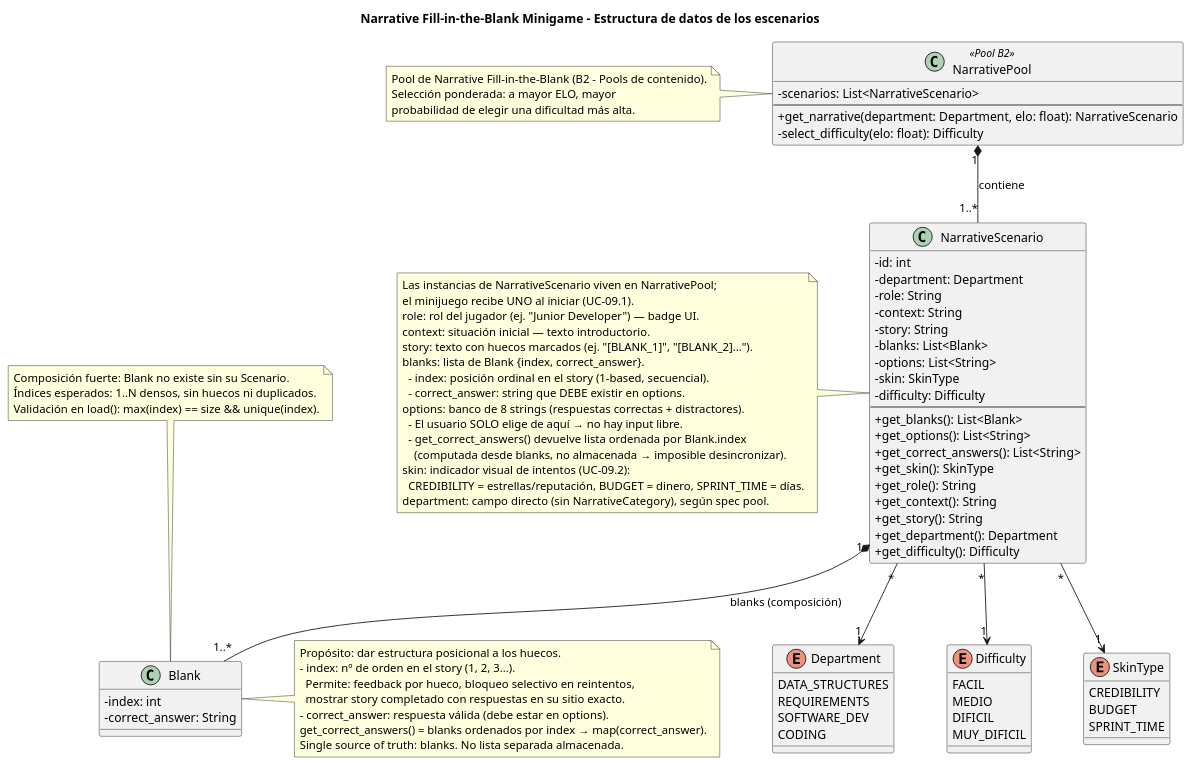
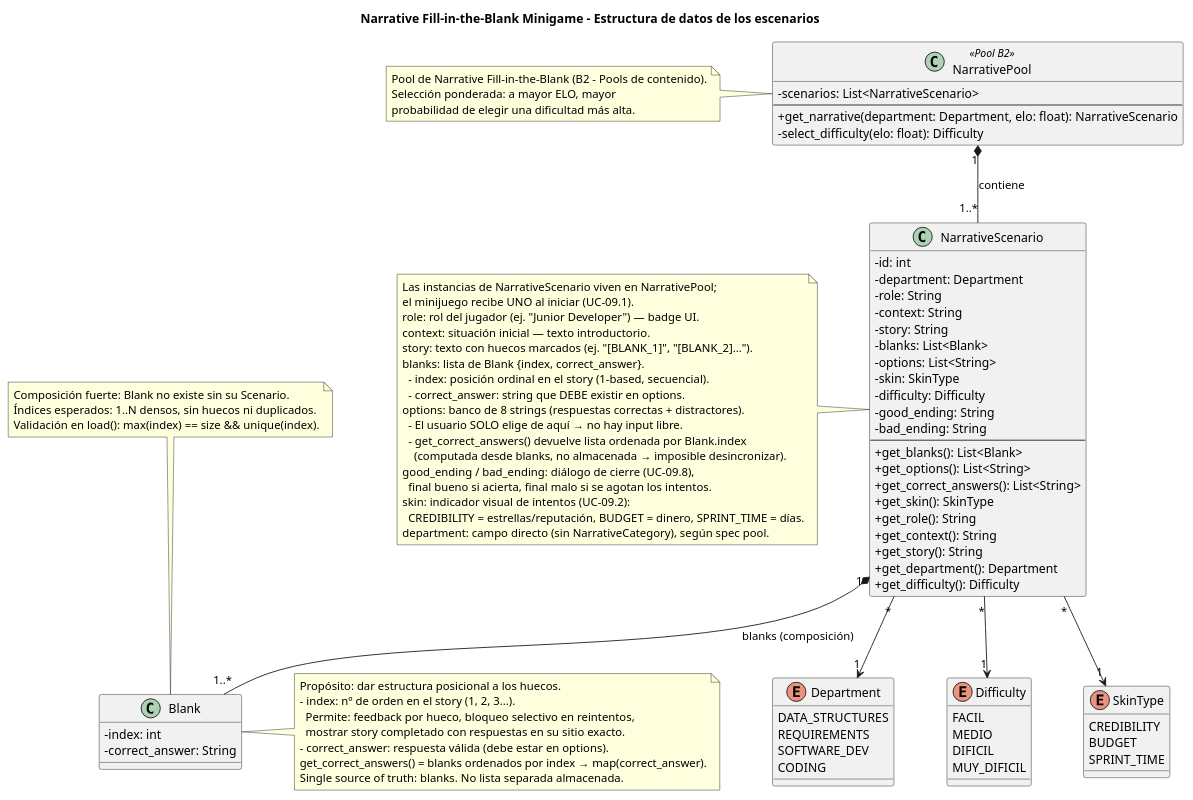
One commit to 1affogato/TSP-A26-NAKOSU changed the diagram in diagramas/narrative_minigame_data.puml. Above: the diagram before and after it, drawn with PlantUML. The commit also changed 14 other files, not shown here.

Commit message:
UC-09 Narrativa: motor NarrativeMinigame, pool de los 4 departamentos (32 escenarios), modelos NarrativeScenario y Blank (con diálogo de cierre, DEF-DIS-UC09-01) y vista con huecos e intentos. Se registra en la sesión en la integración (tarea 73).

```diff
--- a/diagramas/narrative_minigame_data.puml
+++ b/diagramas/narrative_minigame_data.puml
@@ -1,110 +1,114 @@
 @startuml narrative_minigame_data
 title Narrative Fill-in-the-Blank Minigame - Estructura de datos de los escenarios
 
 skinparam classAttributeIconSize 0
 skinparam shadowing false
 skinparam nodesep 60
 skinparam ranksep 70
 
 class NarrativePool <<Pool B2>> {
   -scenarios: List<NarrativeScenario>
   --
   +get_narrative(department: Department, elo: float): NarrativeScenario
   -select_difficulty(elo: float): Difficulty
 }
 
 note left of NarrativePool
   Pool de Narrative Fill-in-the-Blank (B2 - Pools de contenido).
   Selección ponderada: a mayor ELO, mayor
   probabilidad de elegir una dificultad más alta.
 end note
 
 class NarrativeScenario {
   -id: int
   -department: Department
   -role: String
   -context: String
   -story: String
   -blanks: List<Blank>
   -options: List<String>
   -skin: SkinType
   -difficulty: Difficulty
+  -good_ending: String
+  -bad_ending: String
   --
   +get_blanks(): List<Blank>
   +get_options(): List<String>
   +get_correct_answers(): List<String>
   +get_skin(): SkinType
   +get_role(): String
   +get_context(): String
   +get_story(): String
   +get_department(): Department
   +get_difficulty(): Difficulty
 }
 
 note left of NarrativeScenario
   Las instancias de NarrativeScenario viven en NarrativePool;
   el minijuego recibe UNO al iniciar (UC-09.1).
   role: rol del jugador (ej. "Junior Developer") — badge UI.
   context: situación inicial — texto introductorio.
   story: texto con huecos marcados (ej. "[BLANK_1]", "[BLANK_2]...").
   blanks: lista de Blank {index, correct_answer}.
     - index: posición ordinal en el story (1-based, secuencial).
     - correct_answer: string que DEBE existir en options.
   options: banco de 8 strings (respuestas correctas + distractores).
     - El usuario SOLO elige de aquí → no hay input libre.
     - get_correct_answers() devuelve lista ordenada por Blank.index
       (computada desde blanks, no almacenada → imposible desincronizar).
+  good_ending / bad_ending: diálogo de cierre (UC-09.8),
+    final bueno si acierta, final malo si se agotan los intentos.
   skin: indicador visual de intentos (UC-09.2):
     CREDIBILITY = estrellas/reputación, BUDGET = dinero, SPRINT_TIME = días.
   department: campo directo (sin NarrativeCategory), según spec pool.
 end note
 
 class Blank {
   -index: int
   -correct_answer: String
 }
 
 note right of Blank
   Propósito: dar estructura posicional a los huecos.
   - index: nº de orden en el story (1, 2, 3...).
     Permite: feedback por hueco, bloqueo selectivo en reintentos,
     mostrar story completado con respuestas en su sitio exacto.
   - correct_answer: respuesta válida (debe estar en options).
   get_correct_answers() = blanks ordenados por index → map(correct_answer).
   Single source of truth: blanks. No lista separada almacenada.
 end note
 
 enum Department {
   DATA_STRUCTURES
   REQUIREMENTS
   SOFTWARE_DEV
   CODING
 }
 
 enum Difficulty {
   FACIL
   MEDIO
   DIFICIL
   MUY_DIFICIL
 }
 
 enum SkinType {
   CREDIBILITY
   BUDGET
   SPRINT_TIME
 }
 
 
 NarrativePool "1" *-- "1..*" NarrativeScenario : contiene
 NarrativeScenario "*" --> "1" Department
 NarrativeScenario "*" --> "1" Difficulty
 NarrativeScenario "*" --> "1" SkinType
 NarrativeScenario "1" *-- "1..*" Blank : blanks (composición)
 
 note top of Blank
   Composición fuerte: Blank no existe sin su Scenario.
   Índices esperados: 1..N densos, sin huecos ni duplicados.
   Validación en load(): max(index) == size && unique(index).
 end note
 
 @enduml
```
